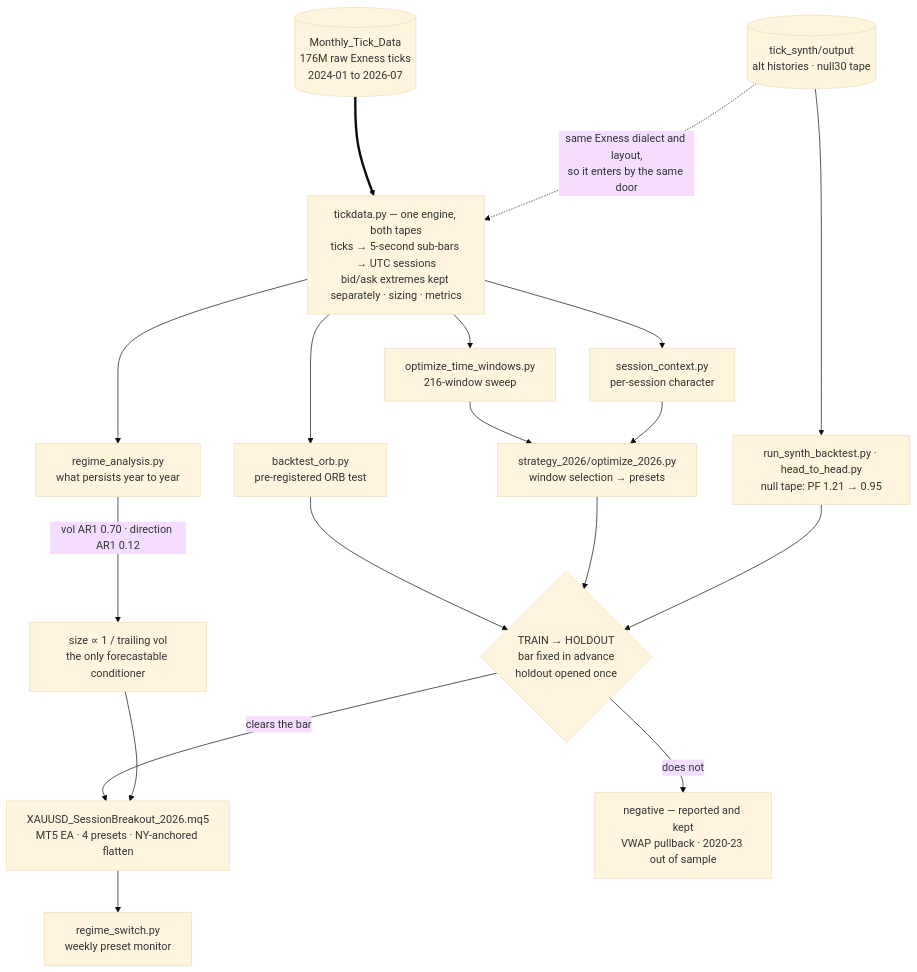
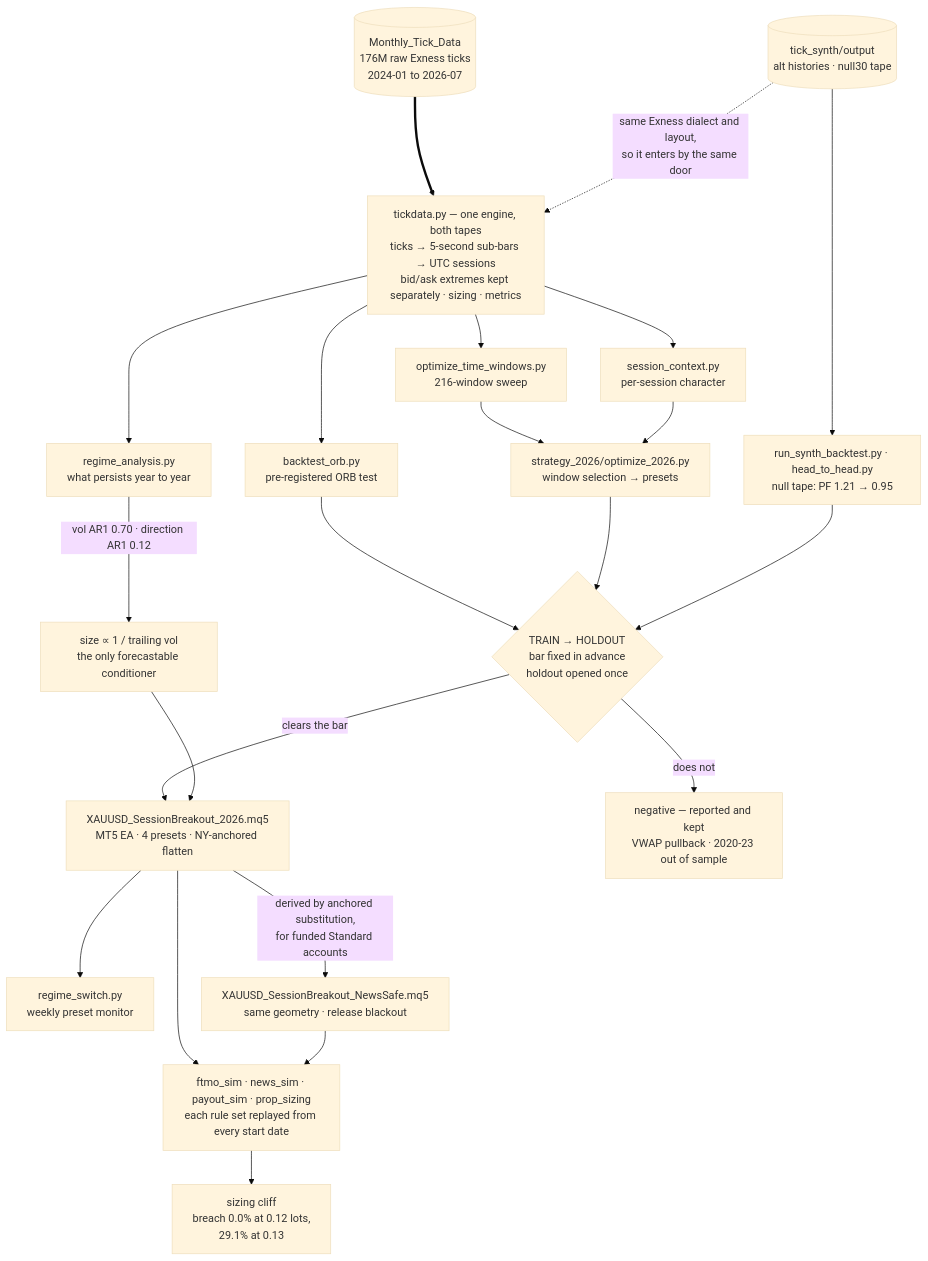
The first of 2 diagrams in README.md (datxbt/xauusd-research), drawn with Mermaid (base theme) before and after one commit. The commit also changed other lines of this file and 2 other files, not shown here.

First line of the commit message:
README: document the news restriction and the sizing cliff

````diff
--- a/README.md
+++ b/README.md
@@ -37,43 +43,51 @@
 ```mermaid
 flowchart TB
     RAW[("Monthly_Tick_Data<br/>176M raw Exness ticks<br/>2024-01 to 2026-07")]
     SYN[("tick_synth/output<br/>alt histories · null30 tape")]
 
     ENG["tickdata.py — one engine, both tapes<br/>ticks → 5-second sub-bars → UTC sessions<br/>bid/ask extremes kept separately · sizing · metrics"]
 
     RAW ==> ENG
     SYN -.->|"same Exness dialect and layout,<br/>so it enters by the same door"| ENG
 
     ORB["backtest_orb.py<br/>pre-registered ORB test"]
     SWEEP["optimize_time_windows.py<br/>216-window sweep"]
     REG["regime_analysis.py<br/>what persists year to year"]
     CTX["session_context.py<br/>per-session character"]
 
     ENG --> ORB
     ENG --> SWEEP
     ENG --> REG
     ENG --> CTX
 
     SIZE["size ∝ 1 / trailing vol<br/>the only forecastable conditioner"]
     REG -->|"vol AR1 0.70 · direction AR1 0.12"| SIZE
 
     SEL["strategy_2026/optimize_2026.py<br/>window selection → presets"]
     SWEEP --> SEL
     CTX --> SEL
 
     NULLT["run_synth_backtest.py · head_to_head.py<br/>null tape: PF 1.21 → 0.95"]
     SYN --> NULLT
 
     GATE{"TRAIN → HOLDOUT<br/>bar fixed in advance<br/>holdout opened once"}
     ORB --> GATE
     SEL --> GATE
     NULLT --> GATE
 
     EA["XAUUSD_SessionBreakout_2026.mq5<br/>MT5 EA · 4 presets · NY-anchored flatten"]
     NEG["negative — reported and kept<br/>VWAP pullback · 2020-23 out of sample"]
 
     GATE -->|"clears the bar"| EA
     GATE -->|"does not"| NEG
     SIZE --> EA
     EA --> SW["regime_switch.py<br/>weekly preset monitor"]
+
+    NEWS["XAUUSD_SessionBreakout_NewsSafe.mq5<br/>same geometry · release blackout"]
+    EA -->|"derived by anchored substitution,<br/>for funded Standard accounts"| NEWS
+
+    PROP["ftmo_sim · news_sim · payout_sim · prop_sizing<br/>each rule set replayed from every start date"]
+    EA --> PROP
+    NEWS --> PROP
+    PROP --> CLIFF["sizing cliff<br/>breach 0.0% at 0.12 lots,<br/>29.1% at 0.13"]
 ```
````
